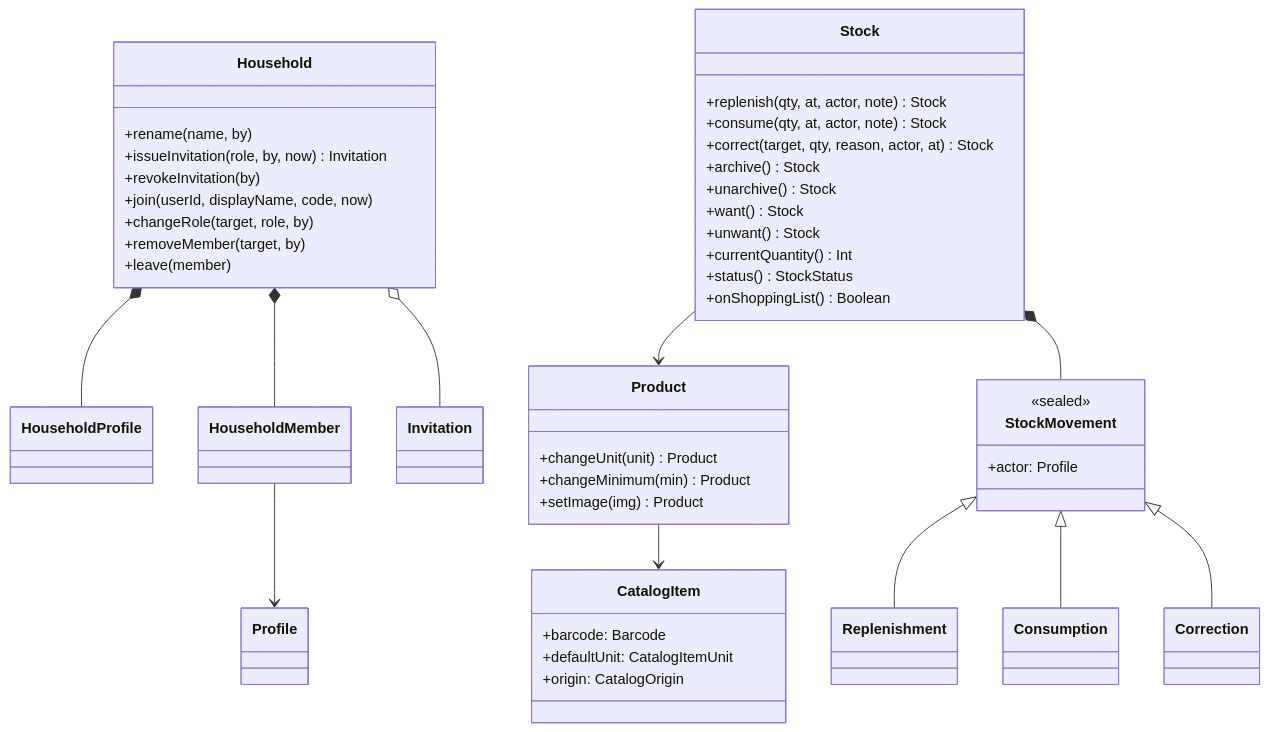
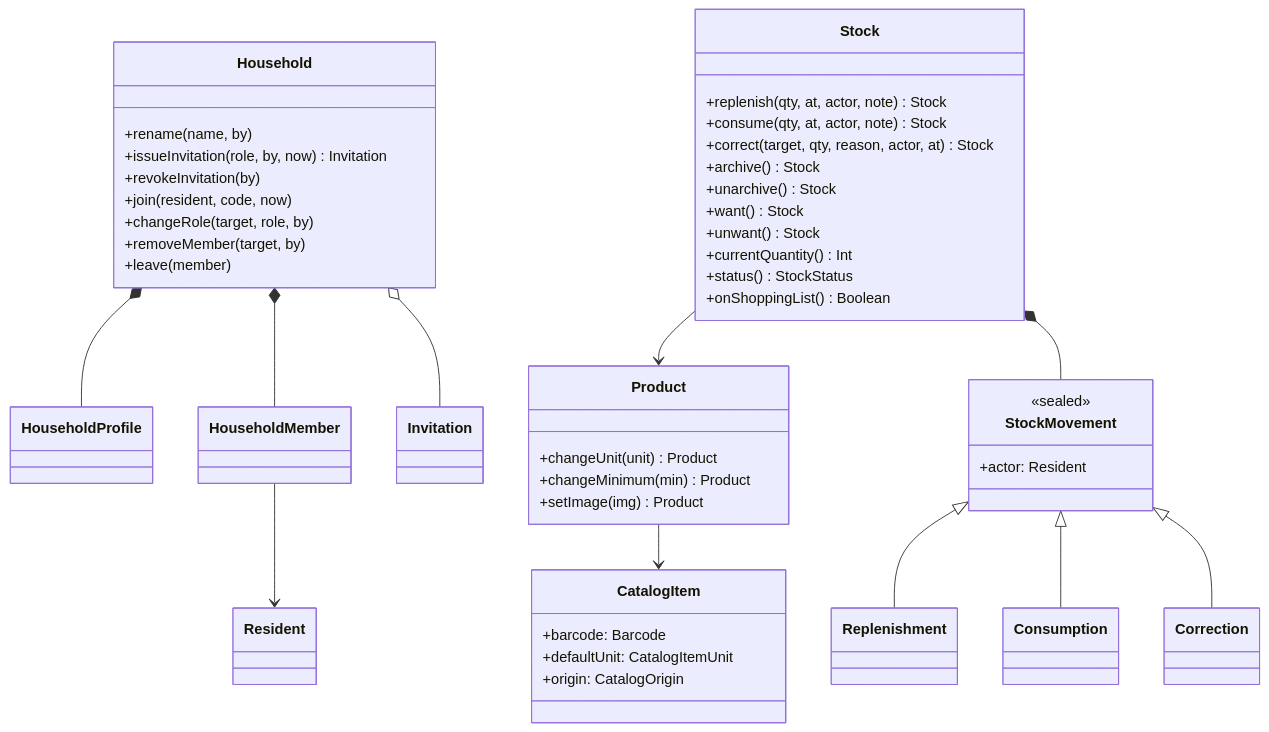
The fifth of 5 diagrams in docs/superpowers/specs/2026-05-31-mindstock-full-replace-design/02-iconix.md (bright-room/mindstock), drawn with Mermaid before and after one commit. The commit also changed other lines of this file and 2 other files, not shown here.

Commit message:
docs: 00/01/02 を 03 の resident 再設計に軽く整合
- UserId→ResidentId、Profile=userId+DisplayName→Resident(id, profile)
- Identity 集約の記述を廃し AuthIdentity を境界 VO に
- InvitationStatus→HouseholdInvitation(None/Outstanding)、Quantity>=0→>0
- HouseholdMember/actor の参照を Profile→Resident、UserRpcService→ResidentRpcService

````diff
--- a/docs/superpowers/specs/2026-05-31-mindstock-full-replace-design/02-iconix.md
+++ b/docs/superpowers/specs/2026-05-31-mindstock-full-replace-design/02-iconix.md
@@ -176,48 +176,48 @@
 ```mermaid
 classDiagram
     class Household {
         +rename(name, by)
         +issueInvitation(role, by, now) Invitation
         +revokeInvitation(by)
-        +join(userId, displayName, code, now)
+        +join(resident, code, now)
         +changeRole(target, role, by)
         +removeMember(target, by)
         +leave(member)
     }
     class Stock {
         +replenish(qty, at, actor, note) Stock
         +consume(qty, at, actor, note) Stock
         +correct(target, qty, reason, actor, at) Stock
         +archive() Stock
         +unarchive() Stock
         +want() Stock
         +unwant() Stock
         +currentQuantity() Int
         +status() StockStatus
         +onShoppingList() Boolean
     }
     class Product {
         +changeUnit(unit) Product
         +changeMinimum(min) Product
         +setImage(img) Product
     }
     class StockMovement {
         <<sealed>>
-        +actor: Profile
+        +actor: Resident
     }
     class CatalogItem {
         +barcode: Barcode
         +defaultUnit: CatalogItemUnit
         +origin: CatalogOrigin
     }
     StockMovement <|-- Replenishment
     StockMovement <|-- Consumption
     StockMovement <|-- Correction
     Household *-- HouseholdProfile
     Household *-- HouseholdMember
     Household o-- Invitation
-    HouseholdMember --> Profile
+    HouseholdMember --> Resident
     Stock --> Product
     Product --> CatalogItem
     Stock *-- StockMovement
 ```
````
